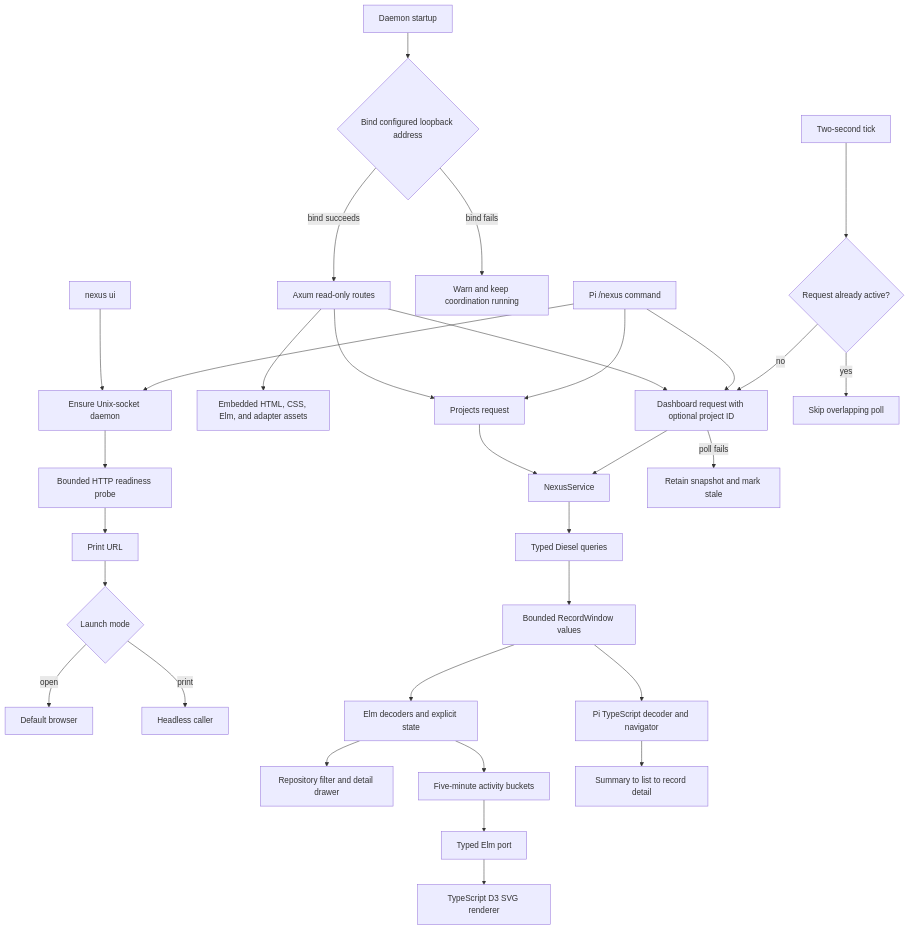
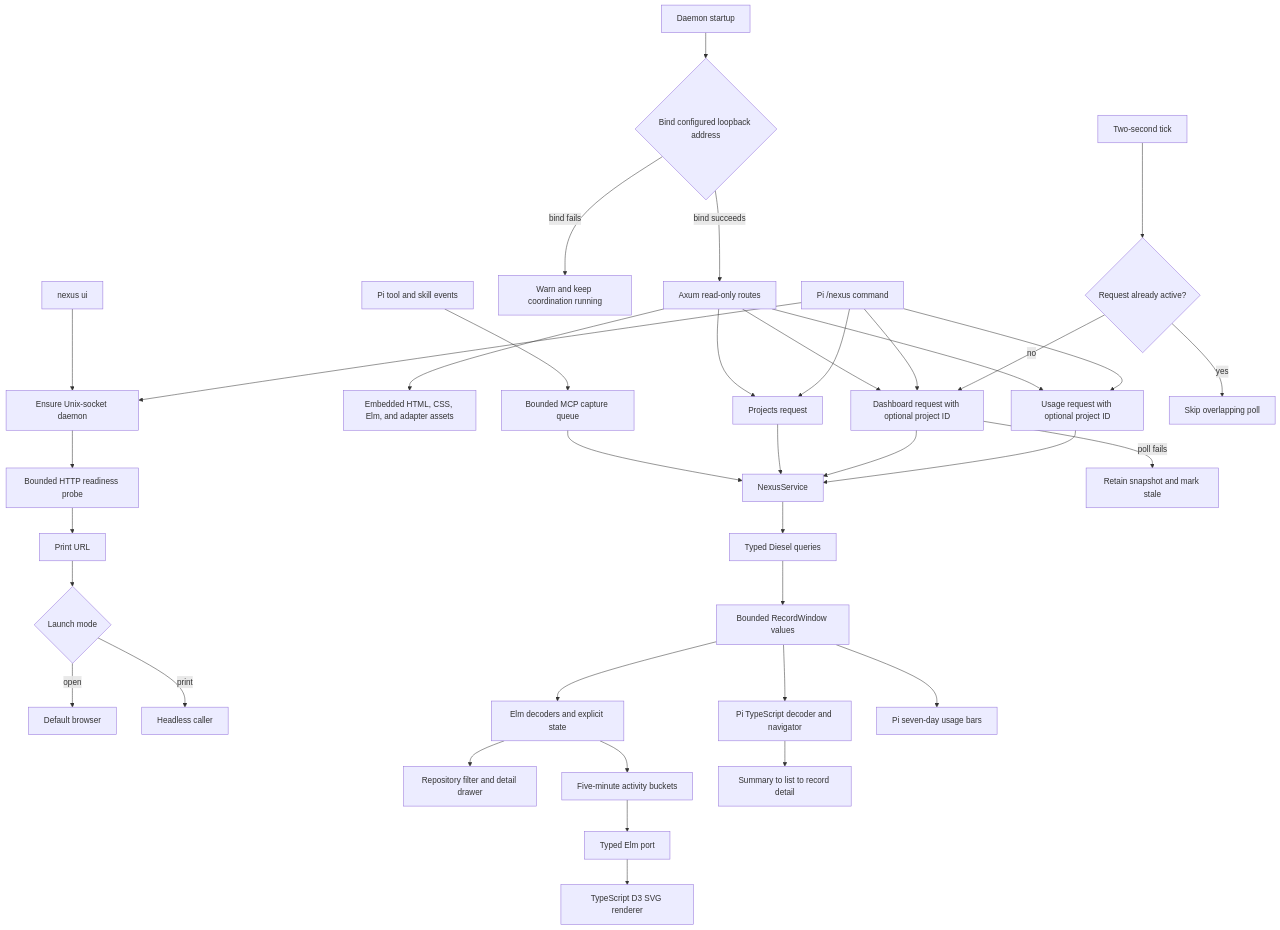
The diagram in docs/features/observability-ui.md (warrenronsiek/nexus), drawn with Mermaid before and after one commit. The commit also changed other lines of this file and 48 other files, not shown here.

Commit message:
feat: add tool and skill usage analytics

````diff
--- a/docs/features/observability-ui.md
+++ b/docs/features/observability-ui.md
@@ -23,33 +25,39 @@
 ```mermaid
 flowchart TD
     A[nexus ui] --> B[Ensure Unix-socket daemon]
     B --> C[Bounded HTTP readiness probe]
     C --> D[Print URL]
     D --> E{Launch mode}
     E -->|open| F[Default browser]
     E -->|print| G[Headless caller]
     H[Daemon startup] --> I{Bind configured loopback address}
     I -->|bind succeeds| J[Axum read-only routes]
     I -->|bind fails| K[Warn and keep coordination running]
     J --> L[Embedded HTML, CSS, Elm, and adapter assets]
     J --> M[Projects request]
     J --> N[Dashboard request with optional project ID]
+    J --> AF[Usage request with optional project ID]
     AA[Pi /nexus command] --> B
+    AD[Pi tool and skill events] --> AE[Bounded MCP capture queue]
+    AE --> O
     AA --> M
     AA --> N
+    AA --> AF
     M --> O[NexusService]
     N --> O
+    AF --> O
     O --> P[Typed Diesel queries]
     P --> Q[Bounded RecordWindow values]
     Q --> R[Elm decoders and explicit state]
     Q --> AB[Pi TypeScript decoder and navigator]
+    Q --> AG[Pi seven-day usage bars]
     R --> S[Repository filter and detail drawer]
     R --> T[Five-minute activity buckets]
     T --> U[Typed Elm port]
     U --> V[TypeScript D3 SVG renderer]
     W[Two-second tick] --> X{Request already active?}
     X -->|yes| Y[Skip overlapping poll]
     X -->|no| N
     N -->|poll fails| Z[Retain snapshot and mark stale]
     AB --> AC[Summary to list to record detail]
 ```
````
